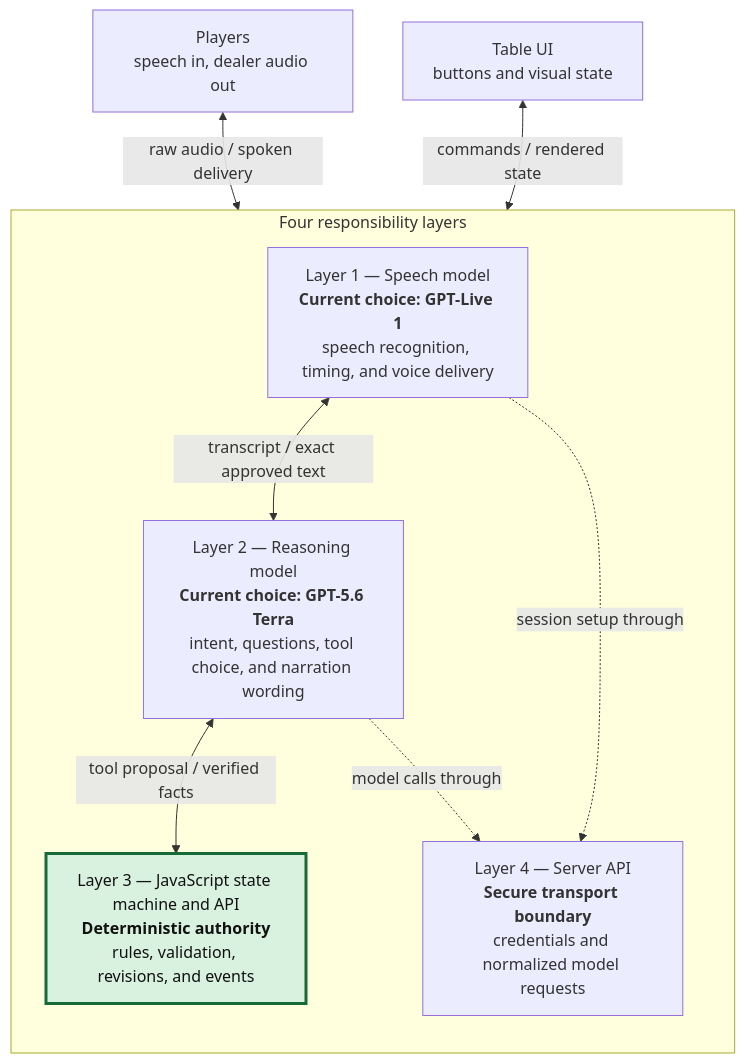
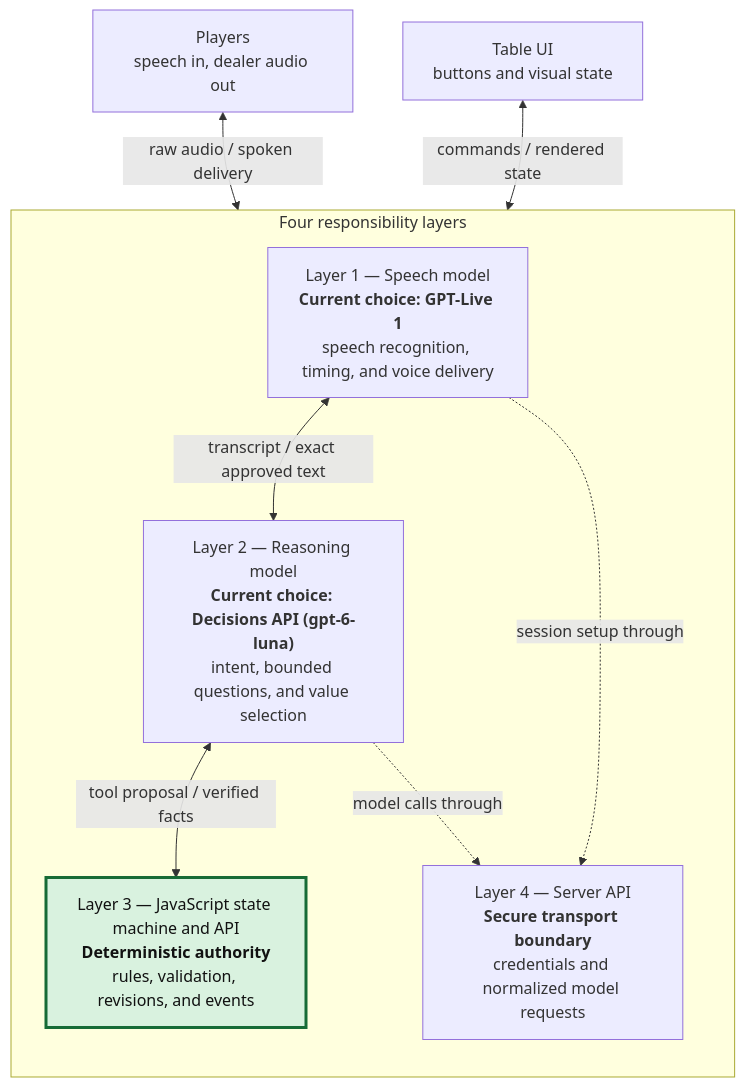
The first of 3 diagrams in docs/model-layering.md (samboodman/robodeal), drawn with Mermaid before and after one commit. The commit also changed other lines of this file and 13 other files, not shown here.

Commit message:
replace terra with decisions api

````diff
--- a/docs/model-layering.md
+++ b/docs/model-layering.md
@@ -97,23 +97,23 @@
 ```mermaid
 flowchart TB
     People["Players<br/>speech in, dealer audio out"]
     UI["Table UI<br/>buttons and visual state"]
 
     subgraph Stack["Four responsibility layers"]
         direction TB
         L1["Layer 1 — Speech model<br/><b>Current choice: GPT-Live 1</b><br/>speech recognition, timing, and voice delivery"]
-        L2["Layer 2 — Reasoning model<br/><b>Current choice: GPT-5.6 Terra</b><br/>intent, questions, tool choice, and narration wording"]
+        L2["Layer 2 — Reasoning model<br/><b>Current choice: Decisions API (gpt-6-luna)</b><br/>intent, bounded questions, and value selection"]
         L3["Layer 3 — JavaScript state machine and API<br/><b>Deterministic authority</b><br/>rules, validation, revisions, and events"]
         L4["Layer 4 — Server API<br/><b>Secure transport boundary</b><br/>credentials and normalized model requests"]
     end
 
     People <-->|raw audio / spoken delivery| L1
     L1 <-->|transcript / exact approved text| L2
     L2 <-->|tool proposal / verified facts| L3
     UI <-->|commands / rendered state| L3
     L1 -. session setup through .-> L4
     L2 -. model calls through .-> L4
 
     classDef authority fill:#d9f2df,stroke:#176b36,stroke-width:3px,color:#111
     class L3 authority
 ```
````
